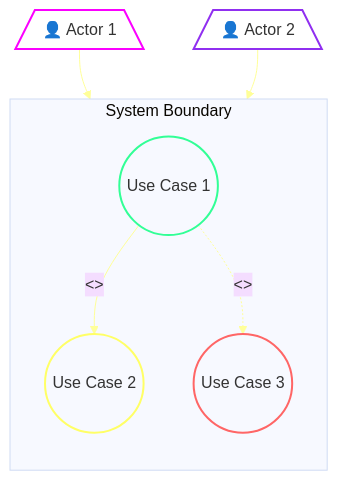
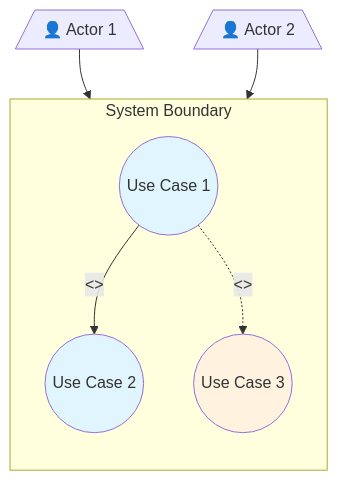
Before and after one commit to catface996/powers: the third of 9 diagrams in requirements-analyst/steering/helper-diagram-standards.md, drawn with Mermaid. The commit also changed other lines of this file, not shown here.

First line of the commit message:
revert(requirements-analyst): remove custom color rules from diagram standards

````diff
--- a/requirements-analyst/steering/helper-diagram-standards.md
+++ b/requirements-analyst/steering/helper-diagram-standards.md
@@ -142,26 +134,22 @@
 ```mermaid
-%%{init: {'theme': 'base', 'themeVariables': { 'background': '#000066' }}}%%
 graph TB
     subgraph System["System Boundary"]
         direction TB
         UC1((Use Case 1))
         UC2((Use Case 2))
         UC3((Use Case 3))
 
         UC1 -->|<<include>>| UC2
         UC1 -.->|<<extend>>| UC3
     end
 
     Actor1[/"👤 Actor 1"\]
     Actor2[/"👤 Actor 2"\]
 
     Actor1 --> UC1
     Actor2 --> UC2
 
-    %% Cyclic theme colors, no fill, stroke only
-    style UC1 fill:none,stroke:#32FF96,stroke-width:2px
-    style UC2 fill:none,stroke:#FFFF66,stroke-width:2px
-    style UC3 fill:none,stroke:#FF6666,stroke-width:2px
-    style Actor1 fill:none,stroke:#FB00FF,stroke-width:2px
-    style Actor2 fill:none,stroke:#902FF0,stroke-width:2px
+    style UC1 fill:#e1f5fe
+    style UC2 fill:#e1f5fe
+    style UC3 fill:#fff3e0
 ```
````
